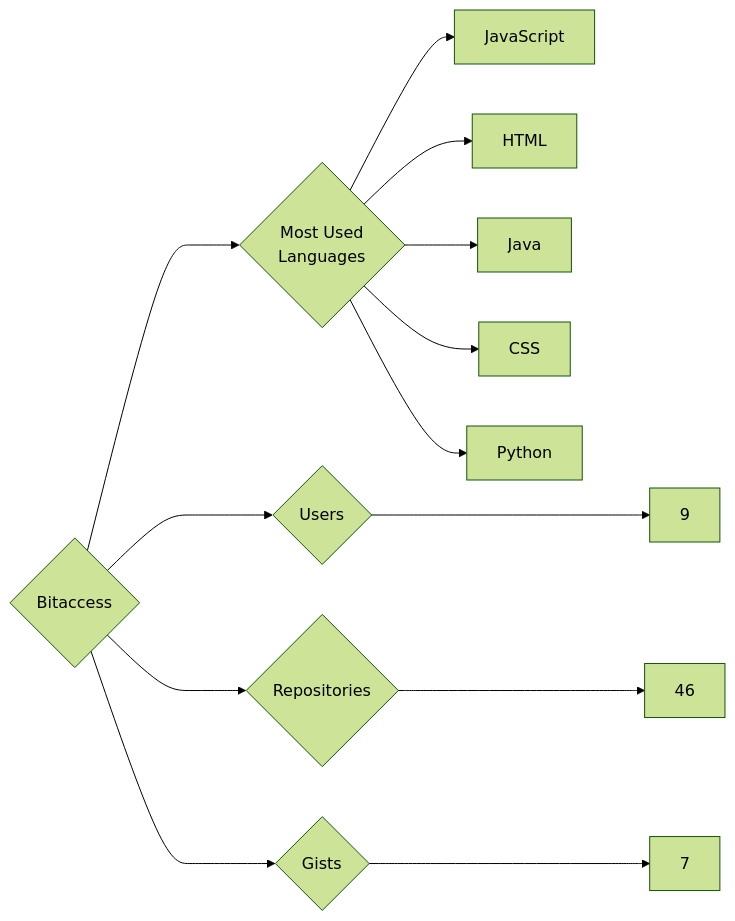
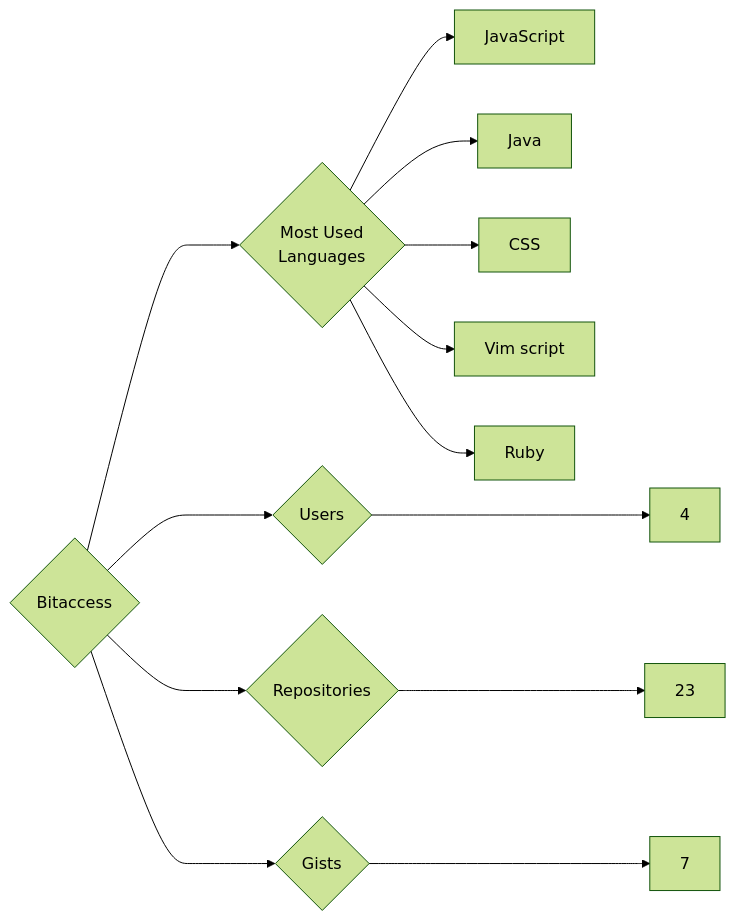
The diagram in targets/Bitaccess/README.md (trickest/insiders), drawn with Mermaid (forest theme) before and after one commit. The commit also changed 873 other files, not shown here.

````diff
--- a/targets/Bitaccess/README.md
+++ b/targets/Bitaccess/README.md
@@ -3,13 +3,13 @@
 ```mermaid
 graph LR
 COMPANY_NAME{Bitaccess}
-COMPANY_NAME ---> U{Users} ---> UN[9]
-COMPANY_NAME ---> R{Repositories} ---> RN[46]
+COMPANY_NAME ---> U{Users} ---> UN[4]
+COMPANY_NAME ---> R{Repositories} ---> RN[23]
 COMPANY_NAME ---> G{Gists} ---> GN[7]
 COMPANY_NAME ---> ML{Most Used<br>Languages}
 ML --> JavaScript[JavaScript]
-ML --> HTML[HTML]
 ML --> Java[Java]
 ML --> CSS[CSS]
-ML --> Python[Python]
+ML --> Vim_script[Vim script]
+ML --> Ruby[Ruby]
 ```
````
